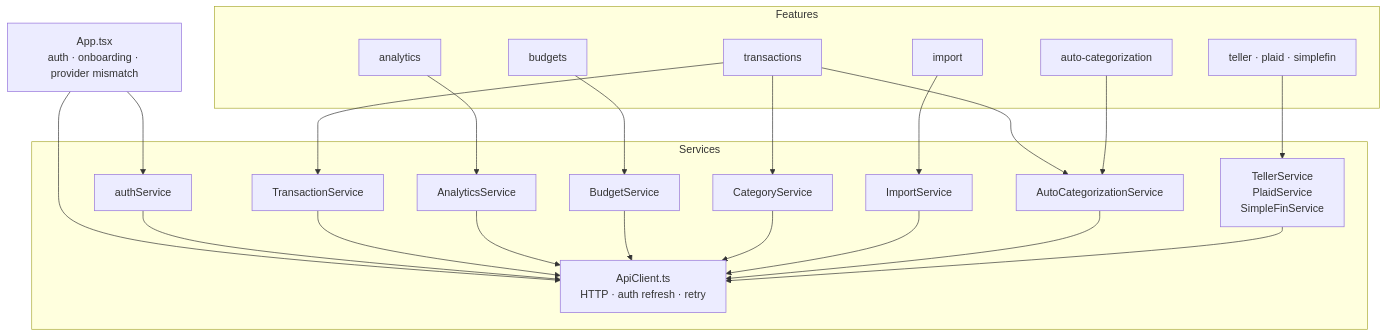
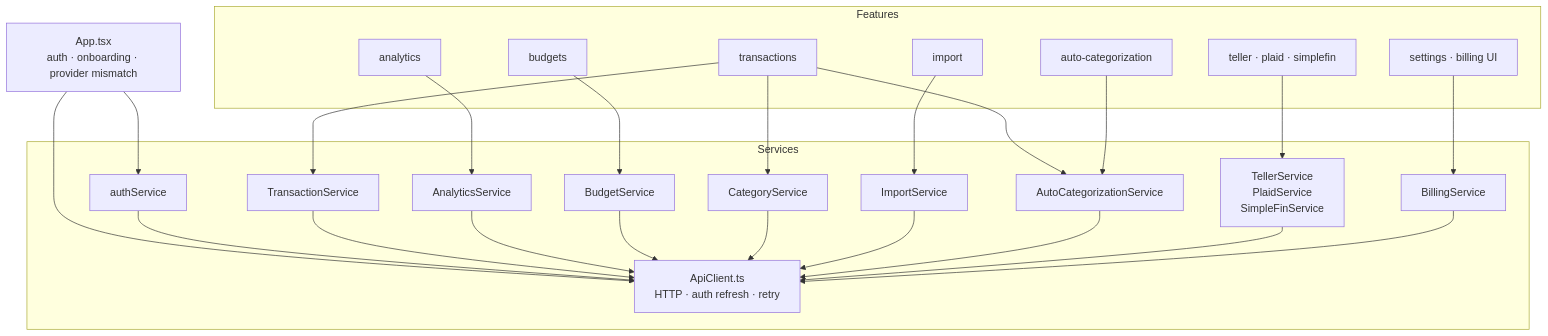
One commit to TwoBitFoundry/sumurai changed the eighth of 11 diagrams in docs/ARCHITECTURE.md. Above: the diagram before and after it, drawn with Mermaid. The commit also changed other lines of this file and 19 other files, not shown here.

First line of the commit message:
refactor: billing-architecture-remediation workstreams 4-7 and docs

````diff
--- a/docs/ARCHITECTURE.md
+++ b/docs/ARCHITECTURE.md
@@ -185,35 +280,38 @@
 ```mermaid
 flowchart TD
     App["App.tsx\nauth · onboarding · provider mismatch"]
 
     subgraph Services
         ApiClient["ApiClient.ts\nHTTP · auth refresh · retry"]
         AuthSvc["authService"]
         TxSvc["TransactionService"]
         AnalSvc["AnalyticsService"]
         BudgetSvc["BudgetService"]
         CatSvc["CategoryService"]
         ImportSvc["ImportService"]
         AutoCatSvc["AutoCategorizationService"]
+        BillingSvc["BillingService"]
         ProviderSvcs["TellerService\nPlaidService\nSimpleFinService"]
     end
 
     subgraph Features
         FTx["transactions"]
         FBudget["budgets"]
         FAnal["analytics"]
         FImport["import"]
         FProviders["teller · plaid · simplefin"]
         FAutoCat["auto-categorization"]
+        FBilling["settings · billing UI"]
     end
 
     App --> AuthSvc & ApiClient
     FTx --> TxSvc & CatSvc & AutoCatSvc
     FBudget --> BudgetSvc
     FAnal --> AnalSvc
     FImport --> ImportSvc
     FProviders --> ProviderSvcs
     FAutoCat --> AutoCatSvc
+    FBilling --> BillingSvc
 
-    AuthSvc & TxSvc & AnalSvc & BudgetSvc & CatSvc & ImportSvc & AutoCatSvc & ProviderSvcs --> ApiClient
+    AuthSvc & TxSvc & AnalSvc & BudgetSvc & CatSvc & ImportSvc & AutoCatSvc & ProviderSvcs & BillingSvc --> ApiClient
 ```
````
